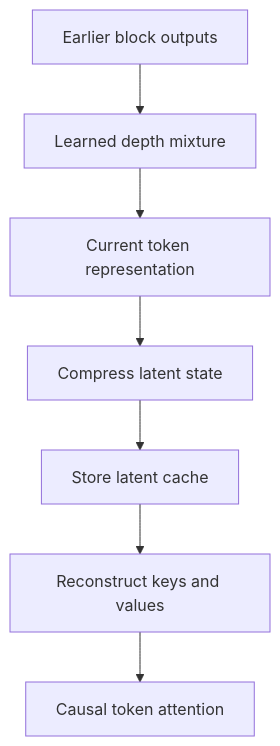
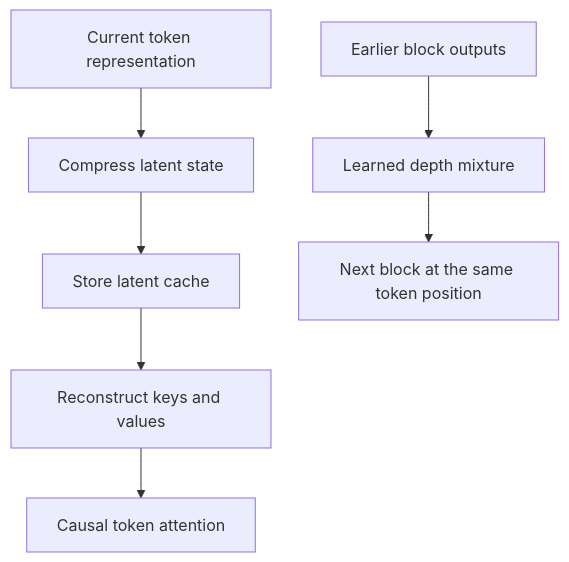
The fifth of 14 diagrams in course/Modern-Language-Engineering.md (zelicerica/machine-learning-super-lab), drawn with Mermaid before and after one commit. The commit also changed other lines of this file and 124 other files, not shown here.

````diff
--- a/course/Modern-Language-Engineering.md
+++ b/course/Modern-Language-Engineering.md
@@ -166,9 +167,9 @@
 ```mermaid
 flowchart TD
     X["Current token representation"] --> C["Compress latent state"]
     C --> K["Store latent cache"]
     K --> U["Reconstruct keys and values"]
     U --> A["Causal token attention"]
     H["Earlier block outputs"] --> D["Learned depth mixture"]
-    D --> X
+    D --> B["Next block at the same token position"]
 ```
````
